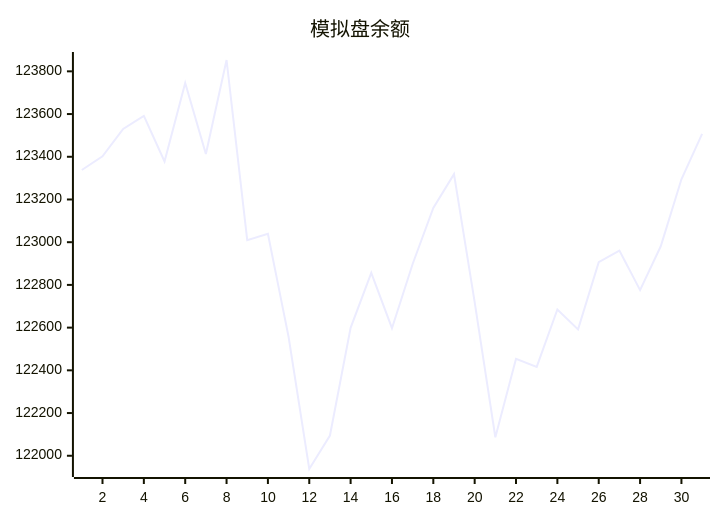
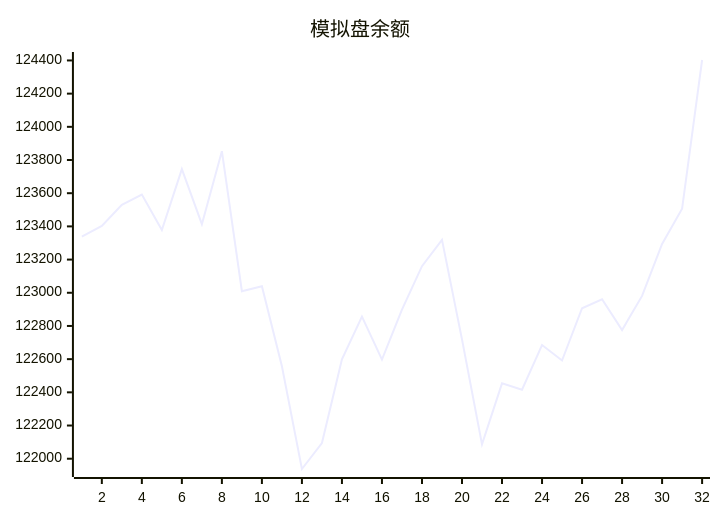
One commit to aahl/mcp-aktools changed the diagram in trading/README.md. Above: the diagram before and after it, drawn with Mermaid. The commit also changed 1 other file, not shown here.

Commit message:
📈 Auto Trading Result

````diff
--- a/trading/README.md
+++ b/trading/README.md
@@ -3,5 +3,5 @@
 ```mermaid
 xychart
     title "模拟盘余额"
-    line [123337.9,123402.4,123530.3,123591.6,123377.9,123745.3,123413.3,123853.1,123009.4,123039.8,122557.0,121938.0,122094.6,122599.0,122856.1,122597.3,122898.1,123160.2,123318.8,122719.1,122086.7,122454.1,122415.9,122685.2,122591.9,122906.8,122960.7,122775.6,122980.9,123294.6,123507.0]
+    line [123337.9,123402.4,123530.3,123591.6,123377.9,123745.3,123413.3,123853.1,123009.4,123039.8,122557.0,121938.0,122094.6,122599.0,122856.1,122597.3,122898.1,123160.2,123318.8,122719.1,122086.7,122454.1,122415.9,122685.2,122591.9,122906.8,122960.7,122775.6,122980.9,123294.6,123507.0,124402.7]
 ```
````
